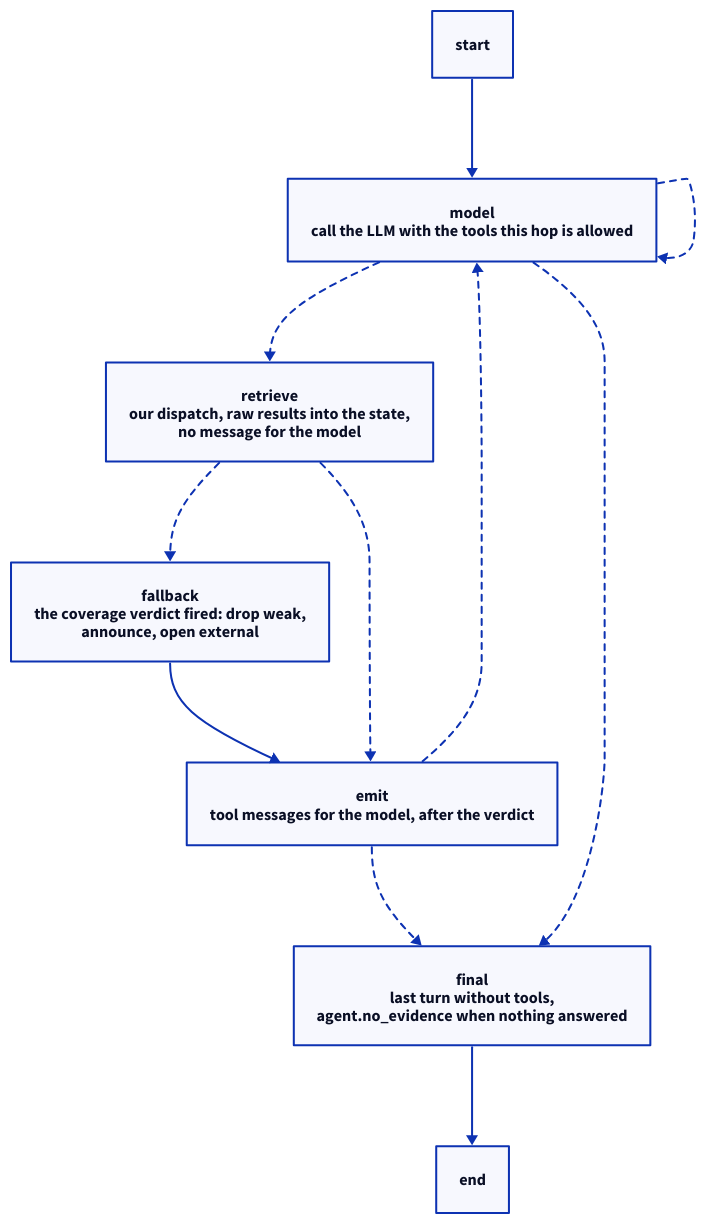
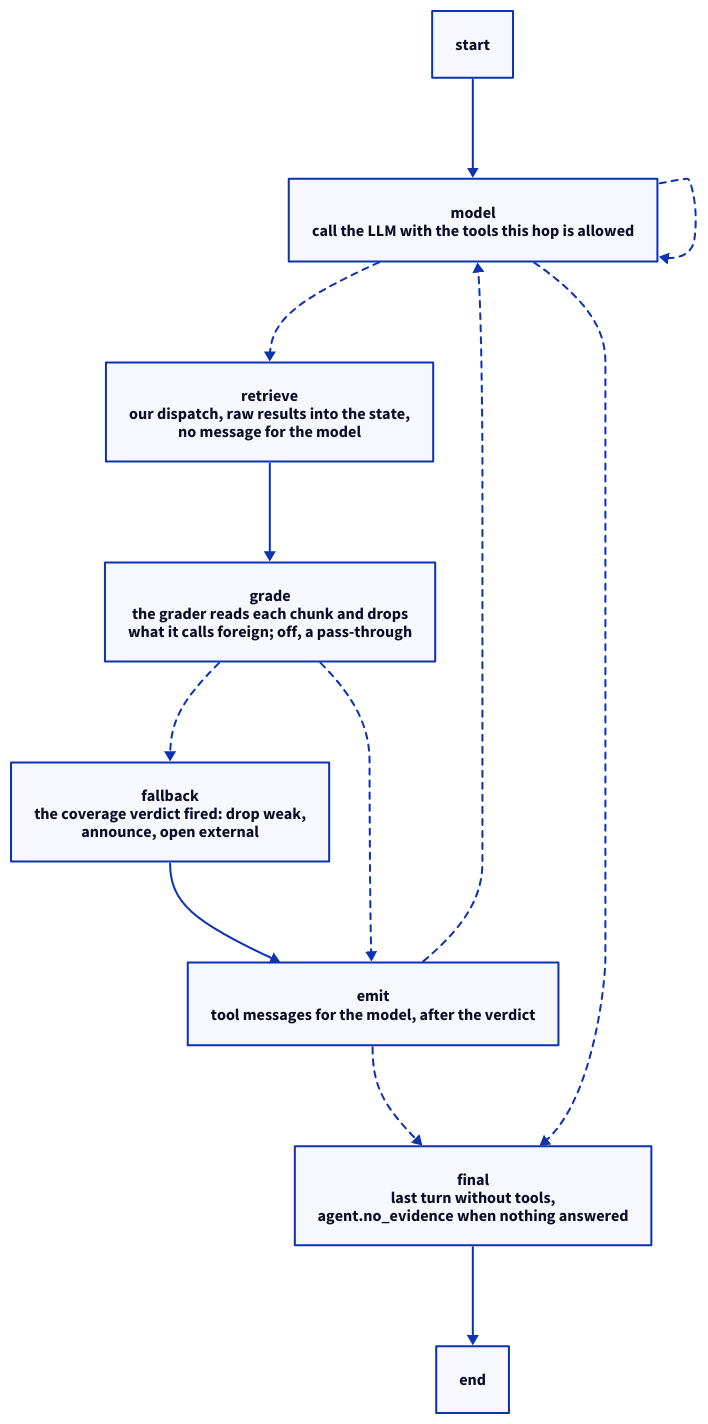
Before and after one commit to rikitikitav1/rag-lab: the diagram in docs/diagrams/agent_graph.d2, drawn with D2. The commit also changed 25 other files, not shown here.

Commit message:
Seat a grader of its own and let it drop the chunks it calls foreign before the generator reads them

```diff
--- a/docs/diagrams/agent_graph.d2
+++ b/docs/diagrams/agent_graph.d2
@@ -1,21 +1,23 @@
 # generated by scripts/graph_to_d2.py from the compiled graph, do not edit by hand
 direction: down
 
 __start__: "start"
 model: "model\ncall the LLM with the tools this hop is allowed"
 retrieve: "retrieve\nour dispatch, raw results into the state,\nno message for the model"
+grade: "grade\nthe grader reads each chunk and drops\nwhat it calls foreign; off, a pass-through"
 fallback: "fallback\nthe coverage verdict fired: drop weak,\nannounce, open external"
 emit: "emit\ntool messages for the model, after the verdict"
 final: "final\nlast turn without tools,\nagent.no_evidence when nothing answered"
 __end__: "end"
 
 __start__ -> model
 emit -> final {style.stroke-dash: 3}
 emit -> model {style.stroke-dash: 3}
 fallback -> emit
+grade -> emit {style.stroke-dash: 3}
+grade -> fallback {style.stroke-dash: 3}
 model -> final {style.stroke-dash: 3}
 model -> model {style.stroke-dash: 3}
 model -> retrieve {style.stroke-dash: 3}
-retrieve -> emit {style.stroke-dash: 3}
-retrieve -> fallback {style.stroke-dash: 3}
+retrieve -> grade
 final -> __end__
```
